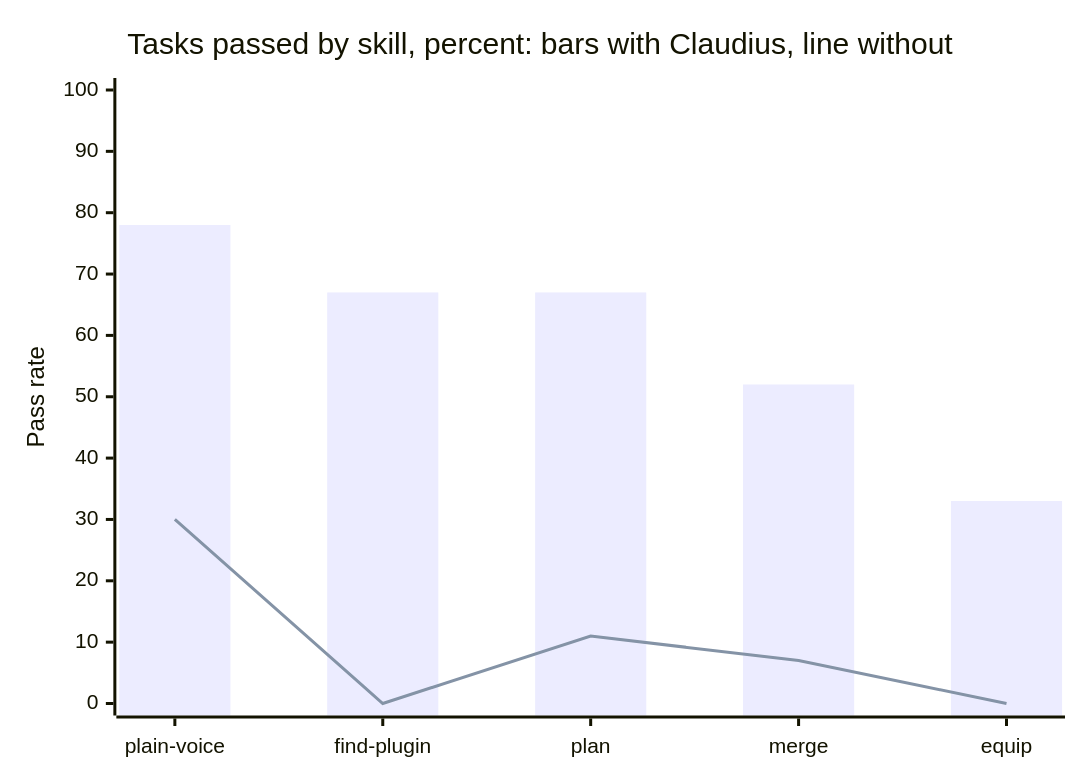
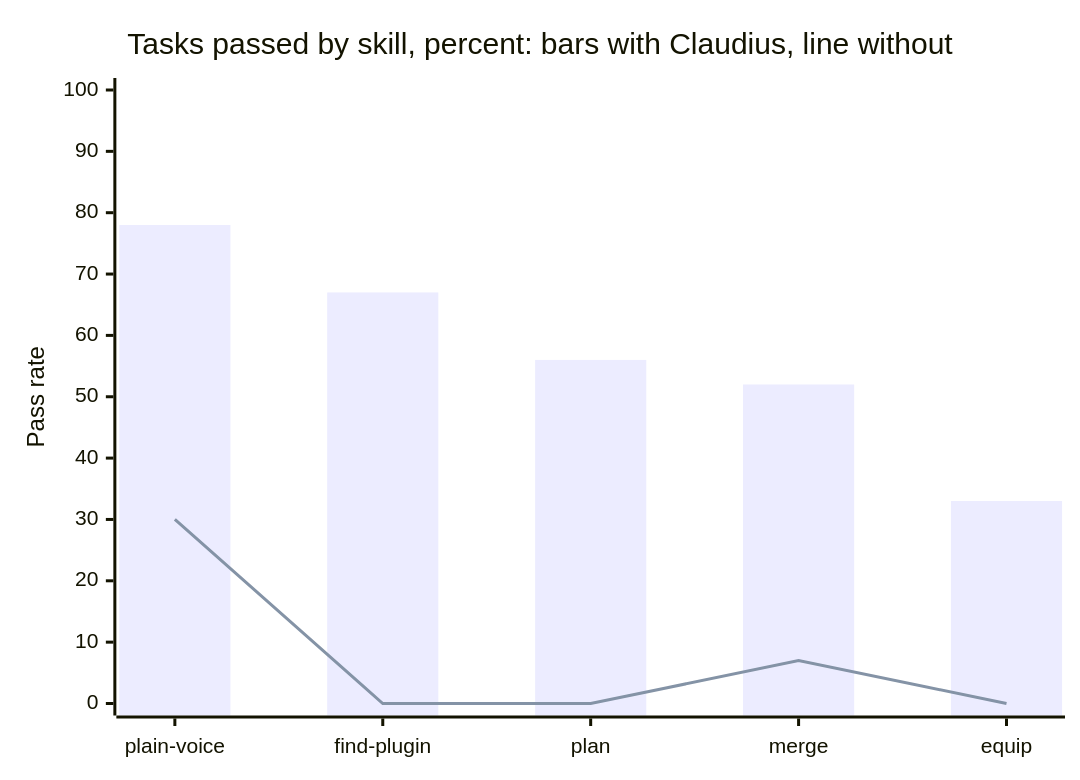
Before and after one commit to Colorado-Startups/claudius: the first of 2 diagrams in SCORECARD.md, drawn with Mermaid. The commit also changed other lines of this file and 2 other files, not shown here.

````diff
--- a/SCORECARD.md
+++ b/SCORECARD.md
@@ -17,8 +17,8 @@
 ```mermaid
 xychart-beta
   title "Tasks passed by skill, percent: bars with Claudius, line without"
   x-axis ["plain-voice", "find-plugin", "plan", "merge", "equip"]
   y-axis "Pass rate" 0 --> 100
-  bar [78, 67, 67, 52, 33]
-  line [30, 0, 11, 7, 0]
+  bar [78, 67, 56, 52, 33]
+  line [30, 0, 0, 7, 0]
 ```
````
